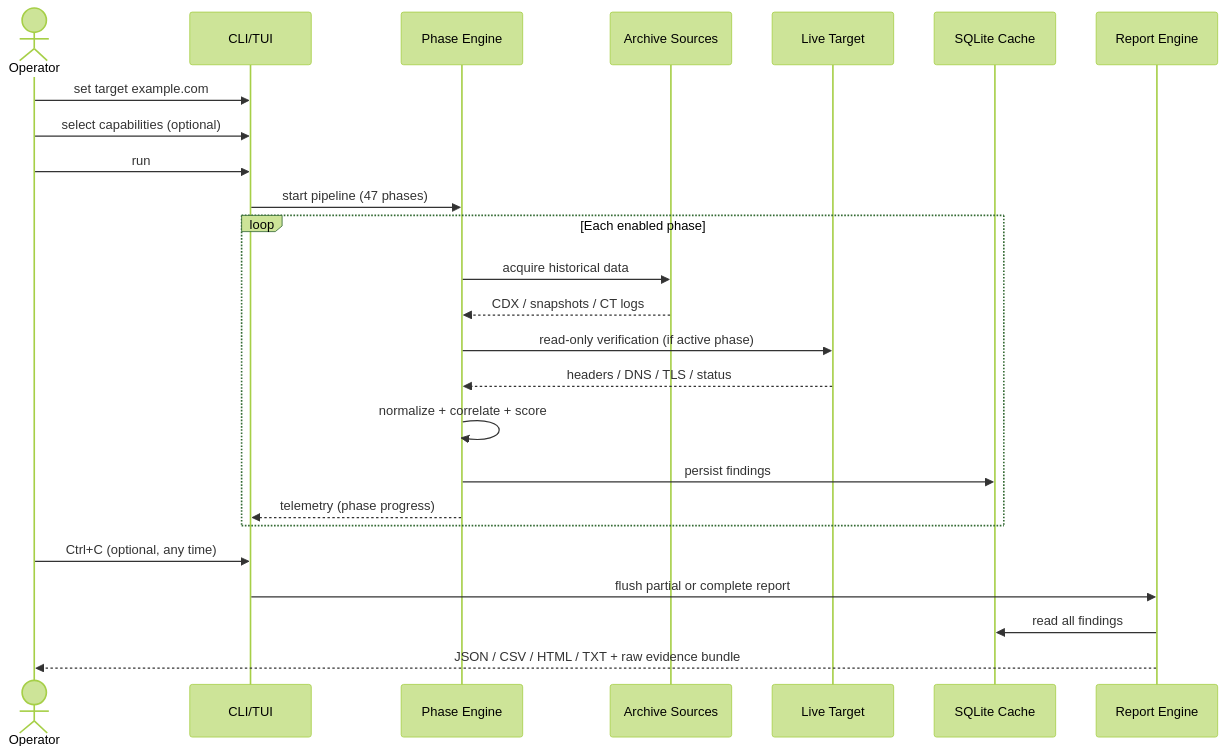
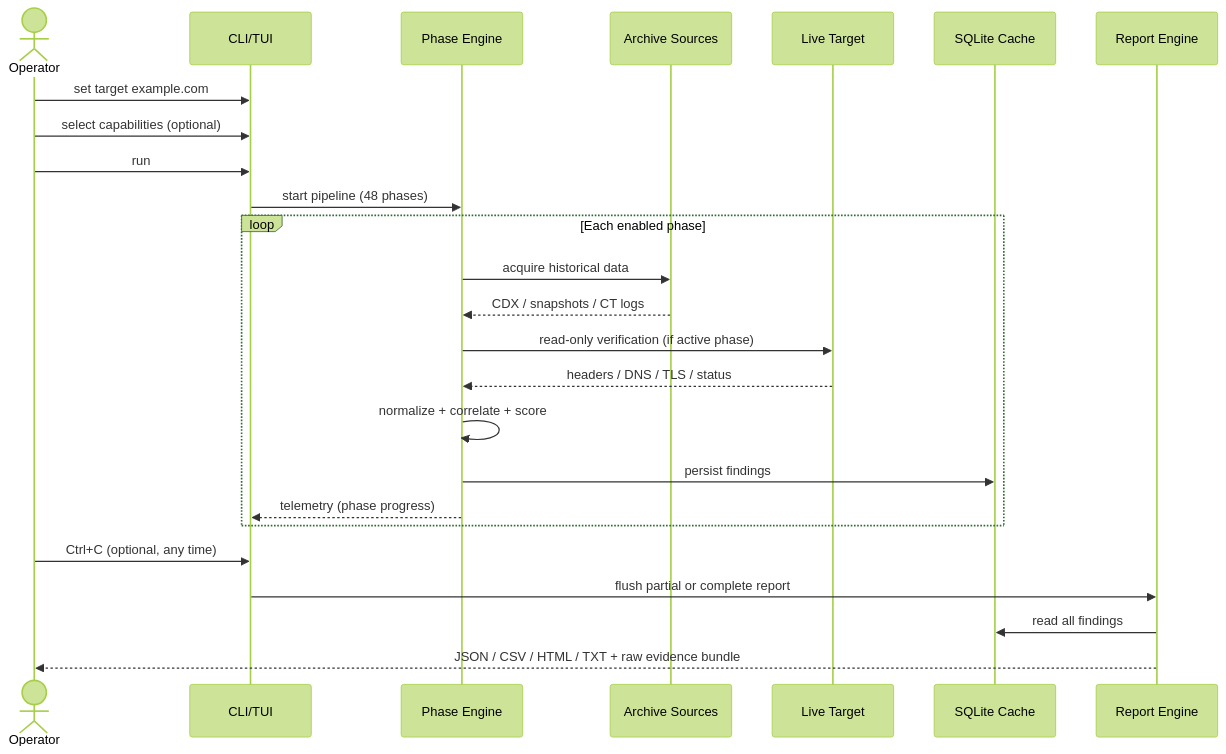
Diagram 11 of 21 in README.md (sylhetyhackvenger/STRATASCAN), drawn with Mermaid (forest theme) before and after one commit. The commit also changed other lines of this file, not shown here.

````diff
--- a/README.md
+++ b/README.md
@@ -903,28 +885,28 @@
 ```mermaid
 sequenceDiagram
     actor OP as Operator
     participant CLI as CLI/TUI
     participant ENG as Phase Engine
     participant ARC as Archive Sources
     participant LIVE as Live Target
     participant DB as SQLite Cache
     participant REP as Report Engine
 
     OP->>CLI: set target example.com
     OP->>CLI: select capabilities (optional)
     OP->>CLI: run
-    CLI->>ENG: start pipeline (47 phases)
+    CLI->>ENG: start pipeline (48 phases)
     loop Each enabled phase
         ENG->>ARC: acquire historical data
         ARC-->>ENG: CDX / snapshots / CT logs
         ENG->>LIVE: read-only verification (if active phase)
         LIVE-->>ENG: headers / DNS / TLS / status
         ENG->>ENG: normalize + correlate + score
         ENG->>DB: persist findings
         ENG-->>CLI: telemetry (phase progress)
     end
     OP->>CLI: Ctrl+C (optional, any time)
     CLI->>REP: flush partial or complete report
     REP->>DB: read all findings
     REP-->>OP: JSON / CSV / HTML / TXT + raw evidence bundle
 ```
````
